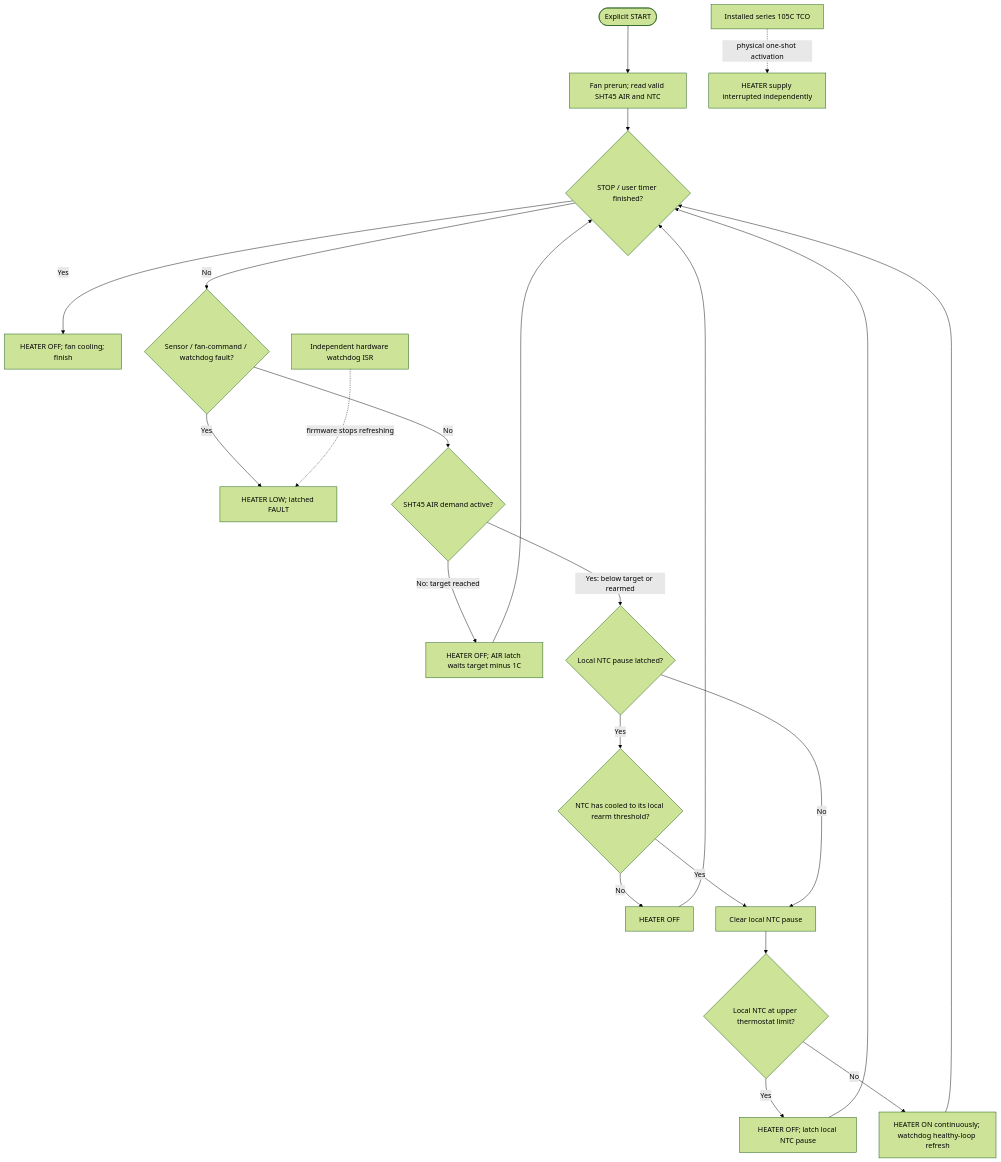
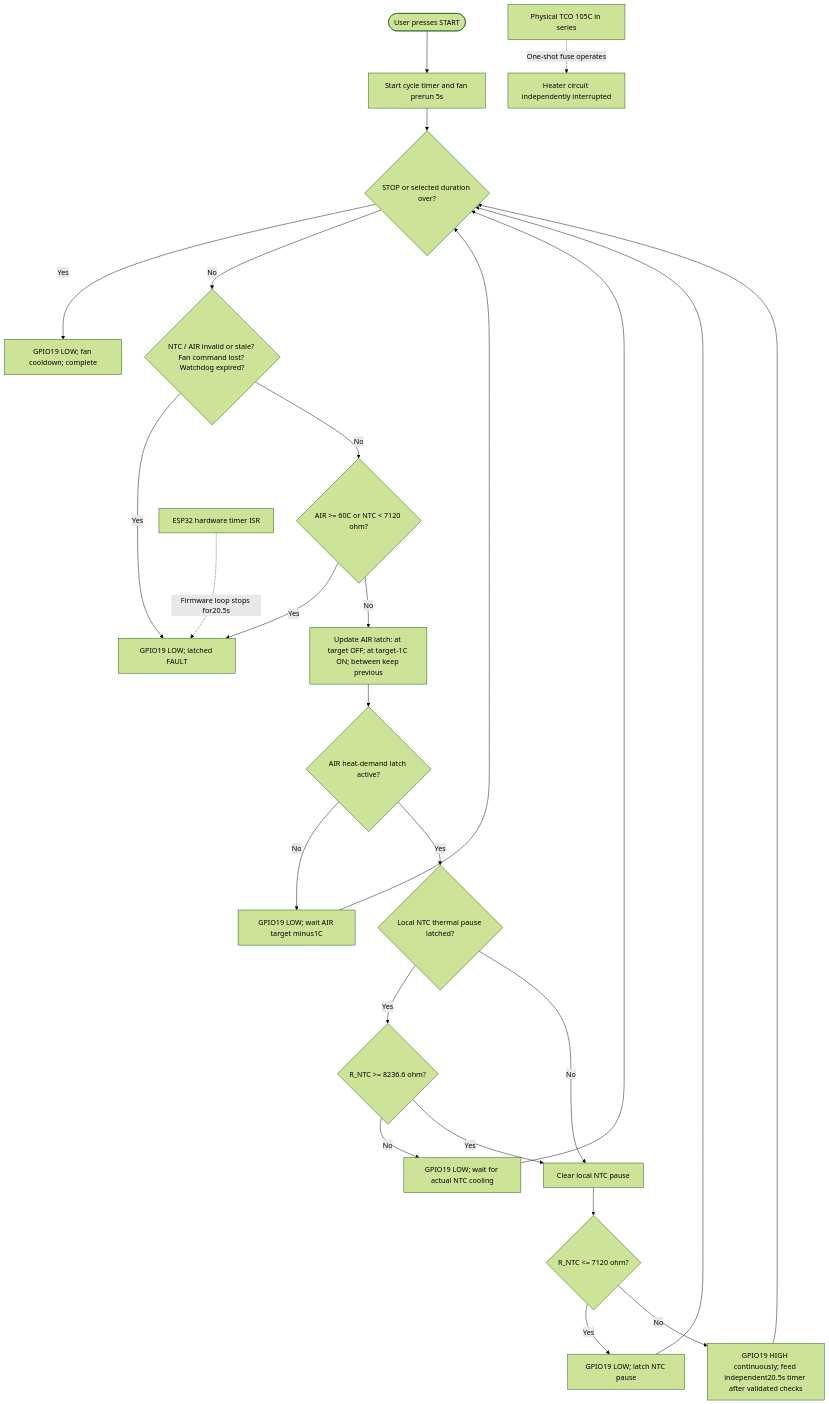
One commit to alessandrocardelli/filament-dryer-monitor changed the diagram in docs/TODO.md. Above: the diagram before and after it, drawn with Mermaid (forest theme). The commit also changed other lines of this file, not shown here.

Commit message:
docs only: reflect current uploadable HOT-261031-N8580 experiment, archived AIR55 failure, 85/80 flowchart; main heater GPIO still OFF

````diff
--- a/docs/TODO.md
+++ b/docs/TODO.md
@@ -15,24 +9,27 @@
 ```mermaid
 flowchart TD
-    A([Explicit START]) --> B[Fan prerun; read valid SHT45 AIR and NTC]
-    B --> C{STOP / user timer finished?}
-    C -->|Yes| S[HEATER OFF; fan cooling; finish]
-    C -->|No| D{Sensor / fan-command / watchdog fault?}
-    D -->|Yes| F[HEATER LOW; latched FAULT]
-    D -->|No| E{SHT45 AIR demand active?}
-    E -->|No: target reached| O[HEATER OFF; AIR latch waits target minus 1C]
+    A([User presses START]) --> B[Start cycle timer and fan prerun 5s]
+    B --> C{STOP or selected duration over?}
+    C -->|Yes| Z[GPIO19 LOW; fan cooldown; complete]
+    C -->|No| D{NTC / AIR invalid or stale? Fan command lost? Watchdog expired?}
+    D -->|Yes| F[GPIO19 LOW; latched FAULT]
+    D -->|No| E{AIR >= 60C or NTC < 7120 ohm?}
+    E -->|Yes| F
+    E -->|No| G[Update AIR latch: at target OFF; at target-1C ON; between keep previous]
+    G --> H{AIR heat-demand latch active?}
+    H -->|No| O[GPIO19 LOW; wait AIR target minus1C]
     O --> C
-    E -->|Yes: below target or rearmed| H{Local NTC pause latched?}
-    H -->|Yes| R{NTC has cooled to its local rearm threshold?}
-    R -->|No| P[HEATER OFF]
-    P --> C
-    R -->|Yes| L[Clear local NTC pause]
-    H -->|No| L
-    L --> Q{Local NTC at upper thermostat limit?}
-    Q -->|Yes| T[HEATER OFF; latch local NTC pause]
-    T --> C
-    Q -->|No| U[HEATER ON continuously; watchdog healthy-loop refresh]
-    U --> C
-    W[Independent hardware watchdog ISR] -.->|firmware stops refreshing| F
-    X[Installed series 105C TCO] -.->|physical one-shot activation| Y[HEATER supply interrupted independently]
+    H -->|Yes| I{Local NTC thermal pause latched?}
+    I -->|Yes| J{R_NTC >= 8236.6 ohm?}
+    J -->|No| K[GPIO19 LOW; wait for actual NTC cooling]
+    K --> C
+    J -->|Yes| L[Clear local NTC pause]
+    I -->|No| L
+    L --> M{R_NTC <= 7120 ohm?}
+    M -->|Yes| N[GPIO19 LOW; latch NTC pause]
+    N --> C
+    M -->|No| Q[GPIO19 HIGH continuously; feed independent20.5s timer after validated checks]
+    Q --> C
+    W[ESP32 hardware timer ISR] -.->|Firmware loop stops for20.5s| F
+    X[Physical TCO 105C in series] -.->|One-shot fuse operates| Y[Heater circuit independently interrupted]
 ```
````
